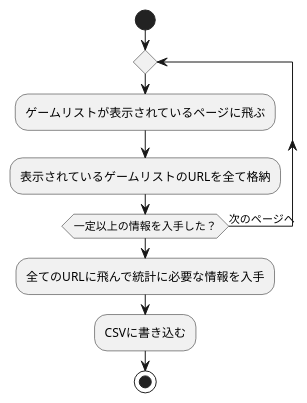
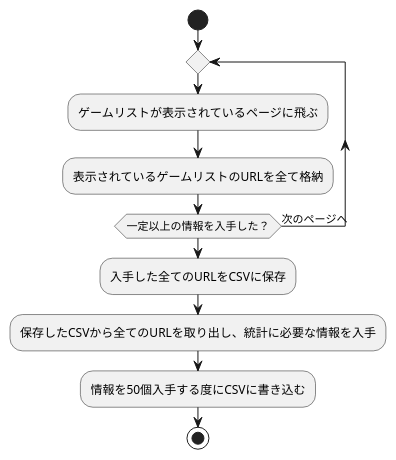
One commit to kunitaka4649/freem_scraping changed the diagram in uml/design.pu. Above: the diagram before and after it, drawn with PlantUML. The commit also changed 3 other files, not shown here.

```diff
--- a/uml/design.pu
+++ b/uml/design.pu
@@ -1,14 +1,15 @@
 @startuml
 
 start
 
 repeat
   :ゲームリストが表示されているページに飛ぶ;
   :表示されているゲームリストのURLを全て格納;
 repeat while (一定以上の情報を入手した？) is (次のページへ)
-  :全てのURLに飛んで統計に必要な情報を入手;
-  :CSVに書き込む;
+  :入手した全てのURLをCSVに保存;
+  :保存したCSVから全てのURLを取り出し、統計に必要な情報を入手;
+  :情報を50個入手する度にCSVに書き込む;
 
 stop
 
 @enduml
```
